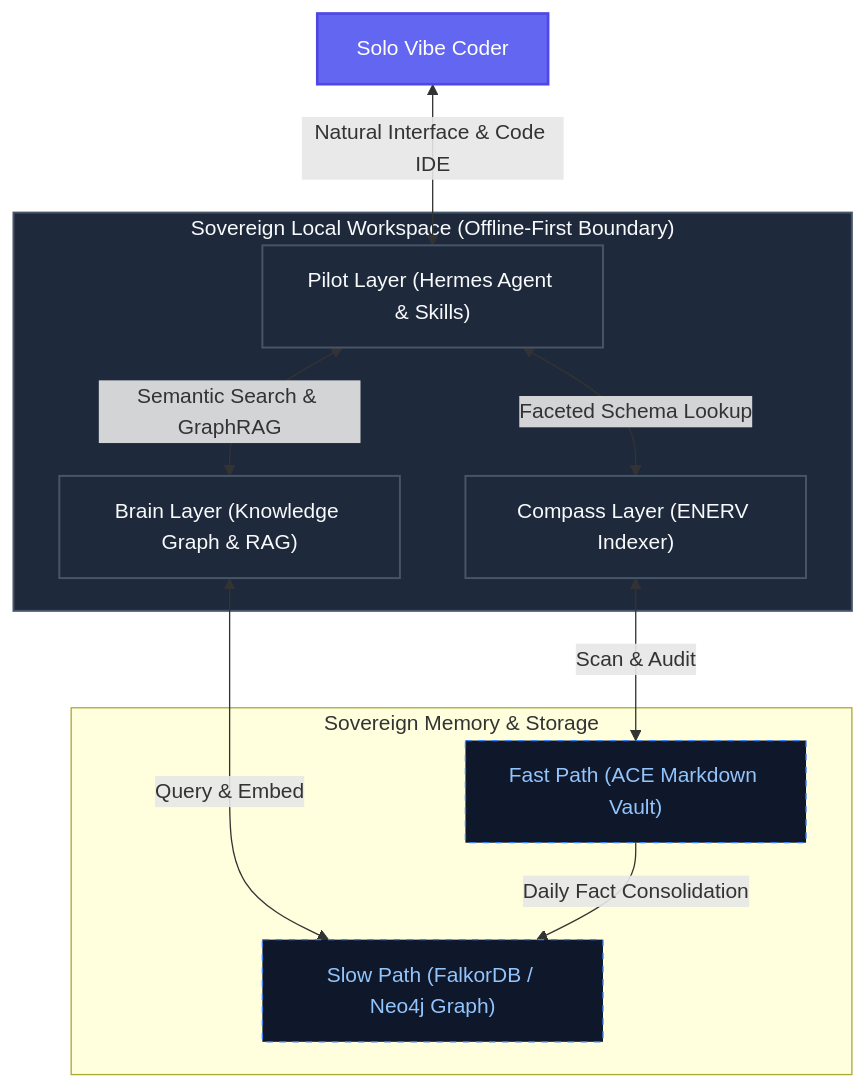
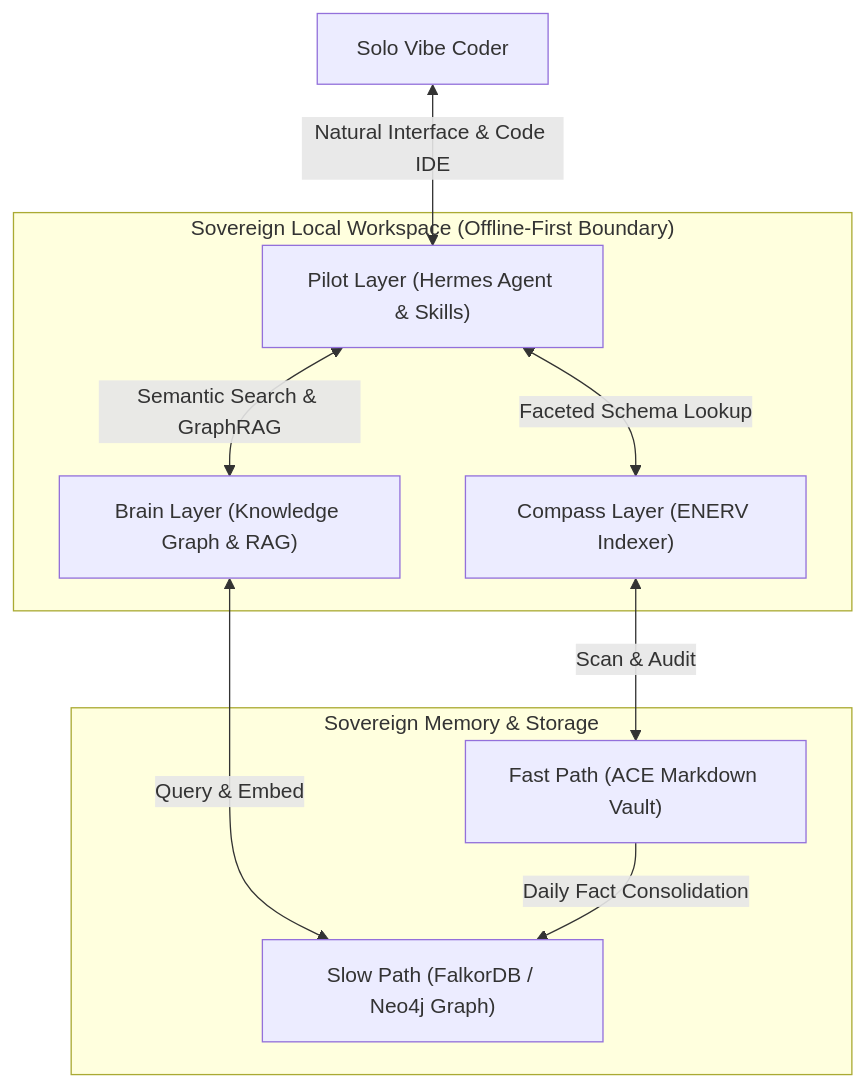
Before and after one commit to master5d/NAUTILUS: the diagram in docs/whitepaper/README.md, drawn with Mermaid. The commit also changed 6 other files, not shown here.

First line of the commit message:
docs: Refactor Mermaid diagrams for GitBook and GitHub Pages compatibility

````diff
--- a/docs/whitepaper/README.md
+++ b/docs/whitepaper/README.md
@@ -5,33 +5,23 @@
 ```mermaid
-graph TD
-    %% Styling
-    classDef Coder fill:#6366f1,stroke:#4f46e5,stroke-width:2px,color:#fff;
-    classDef Layer fill:#1e293b,stroke:#475569,stroke-width:1.5px,color:#f8fafc;
-    classDef Offline fill:#0f172a,stroke:#3b82f6,stroke-width:1px,color:#93c5fd,stroke-dasharray: 5 5;
-
-    %% Nodes
+flowchart TD
     Coder[Solo Vibe Coder]
     
     subgraph SovereignWorkspace["Sovereign Local Workspace (Offline-First Boundary)"]
-        Compass["Compass Layer (ENERV Indexer)"]:::Layer
-        Brain["Brain Layer (Knowledge Graph & RAG)"]:::Layer
-        Pilot["Pilot Layer (Hermes Agent & Skills)"]:::Layer
+        Compass["Compass Layer (ENERV Indexer)"]
+        Brain["Brain Layer (Knowledge Graph & RAG)"]
+        Pilot["Pilot Layer (Hermes Agent & Skills)"]
     end
     
     subgraph SharedStorage["Sovereign Memory & Storage"]
-        FastMemory["Fast Path (ACE Markdown Vault)"]:::Offline
-        SlowMemory["Slow Path (FalkorDB / Neo4j Graph)"]:::Offline
+        FastMemory["Fast Path (ACE Markdown Vault)"]
+        SlowMemory["Slow Path (FalkorDB / Neo4j Graph)"]
     end
 
     %% Connections
     Coder <--> |Natural Interface & Code IDE| Pilot
     Pilot <--> |Faceted Schema Lookup| Compass
     Pilot <--> |Semantic Search & GraphRAG| Brain
     Compass <--> |Scan & Audit| FastMemory
     Brain <--> |Query & Embed| SlowMemory
     FastMemory --> |Daily Fact Consolidation| SlowMemory
-
-    %% Assign classes
-    class Coder Coder;
-    class SovereignWorkspace Layer;
 ```
````
